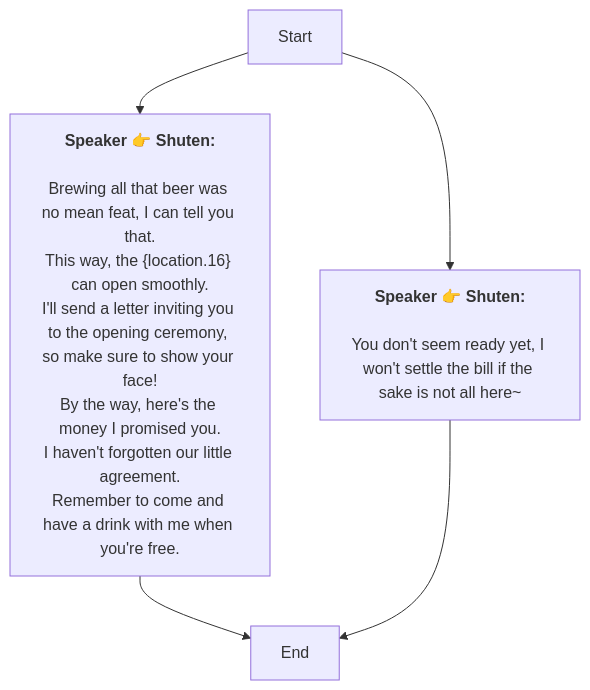
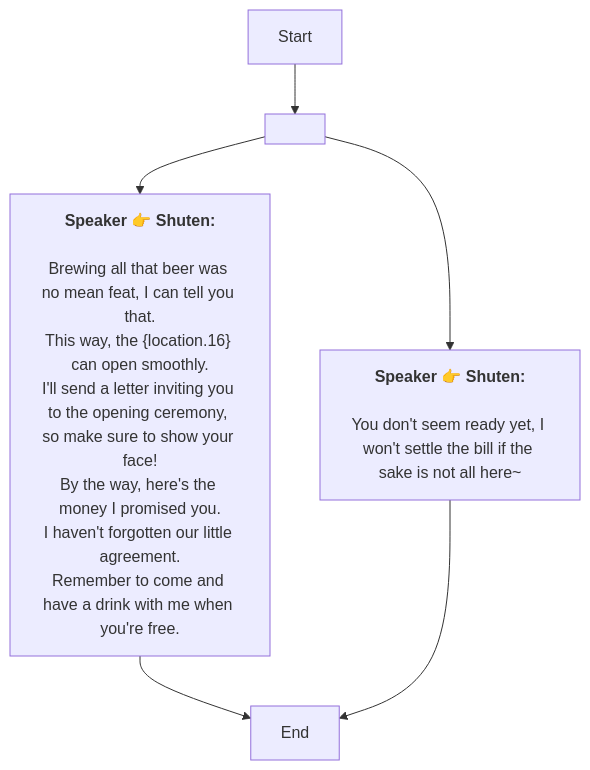
Before and after one commit to SoftHu/tos_avg: the diagram in En/QuestNPCDeliveryENode_1754566337748939.md, drawn with Mermaid. The commit also changed 737 other files, not shown here.

````diff
--- a/En/QuestNPCDeliveryENode_1754566337748939.md
+++ b/En/QuestNPCDeliveryENode_1754566337748939.md
@@ -1,18 +1,15 @@
 ```mermaid
 graph
-Start -->1754567477753818[<b>Speaker 👉 Shuten:</b>
-
-Brewing all that beer was no mean feat, I can tell you that.
-This way, the &lbrace;location.16&rbrace; can open smoothly.
+Start -->1756425564236300[ ]
+1756425564236300 -->1754567477753818[<b>Speaker 👉 Shuten:</b>
+\nBrewing all that beer was no mean feat, I can tell you that.\nThis way, the &lbrace;location.16&rbrace; can open smoothly.
 I'll send a letter inviting you to the opening ceremony, 
-so make sure to show your face!
-By the way, here's the money I promised you.
+so make sure to show your face!\nBy the way, here's the money I promised you.
 I haven't forgotten our little agreement.
 Remember to come and have a drink with me when you're free.]
-Start -->1756425626679821[<b>Speaker 👉 Shuten:</b>
-
-You don't seem ready yet, I won't settle the bill if the sake is not all here~]
+1756425564236300 -->1756425626679821[<b>Speaker 👉 Shuten:</b>
+\nYou don't seem ready yet, I won't settle the bill if the sake is not all here~]
 1754567477753818 -->1754567473346521[End]
 1756425626679821 -->1754567473346521[End]
 
- ```
+```
````
